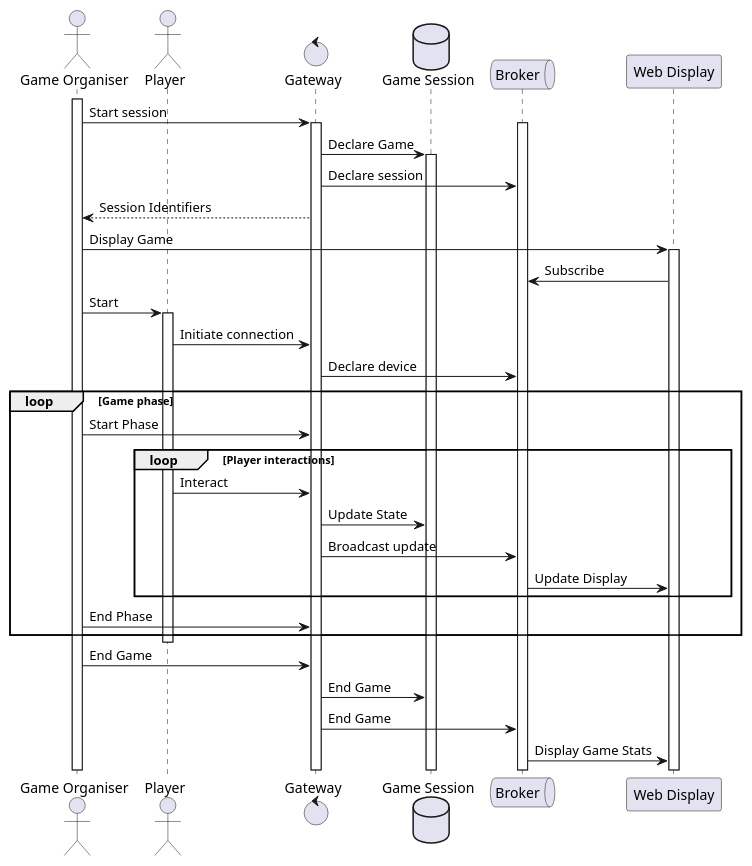
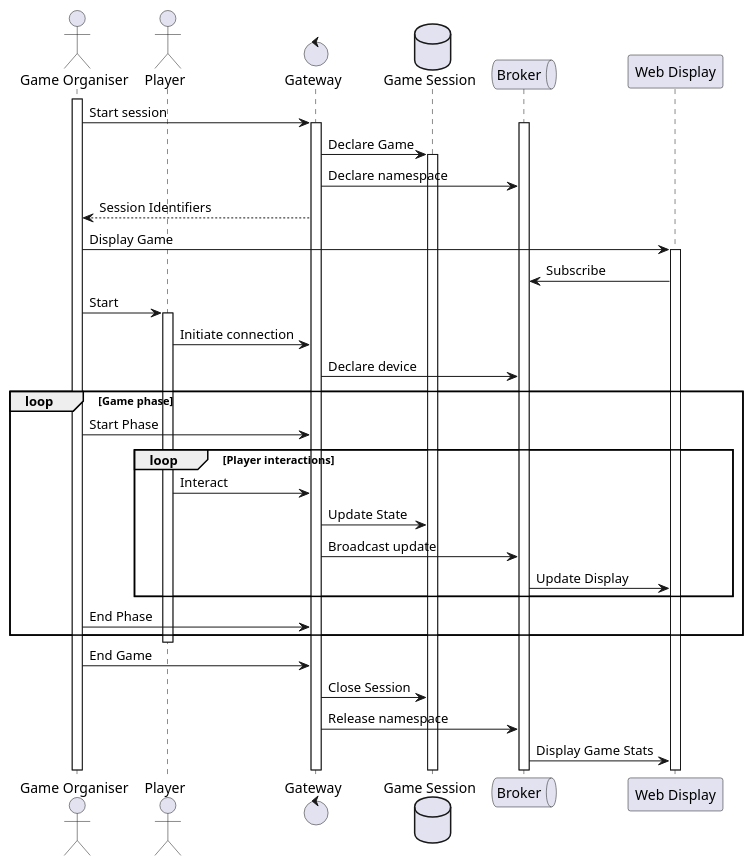
The diagram in docs/plantuml/sequence-diagrams/game-management.puml (bcopy/microsquad), drawn with PlantUML before and after one commit.

Commit message:
Change labels

```diff
--- a/docs/plantuml/sequence-diagrams/game-management.puml
+++ b/docs/plantuml/sequence-diagrams/game-management.puml
@@ -1,46 +1,46 @@
 @startuml
 
 
 actor "Game Organiser" as Organiser
 actor Player
 control Gateway
 database "Game Session" as Game
 queue Broker
 participant "Web Display" as Web
 
 activate Organiser
 Organiser -> Gateway : Start session
 
 activate Gateway
 activate Broker
 
 Gateway -> Game : Declare Game
 
 activate Game
-Gateway -> Broker : Declare session
+Gateway -> Broker : Declare namespace
 Gateway --> Organiser : Session Identifiers
 
 Organiser -> Web : Display Game
 activate Web
 Web -> Broker : Subscribe
 Organiser -> Player : Start
 activate Player
 Player -> Gateway : Initiate connection
 Gateway -> Broker : Declare device
 
 loop Game phase
     Organiser -> Gateway : Start Phase
     loop Player interactions
         Player -> Gateway : Interact
         Gateway -> Game : Update State
         Gateway -> Broker : Broadcast update
         Broker -> Web : Update Display
     end
     Organiser -> Gateway : End Phase
 end
 deactivate Player
 Organiser -> Gateway : End Game
-Gateway -> Game : End Game
-Gateway -> Broker : End Game
+Gateway -> Game : Close Session
+Gateway -> Broker : Release namespace
 Broker -> Web : Display Game Stats
 @enduml
```
